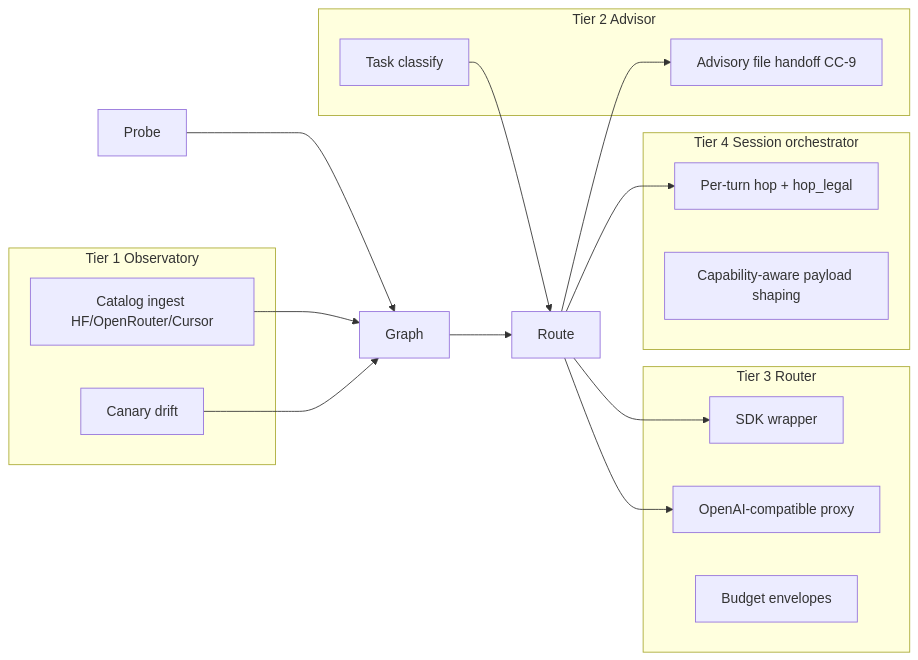
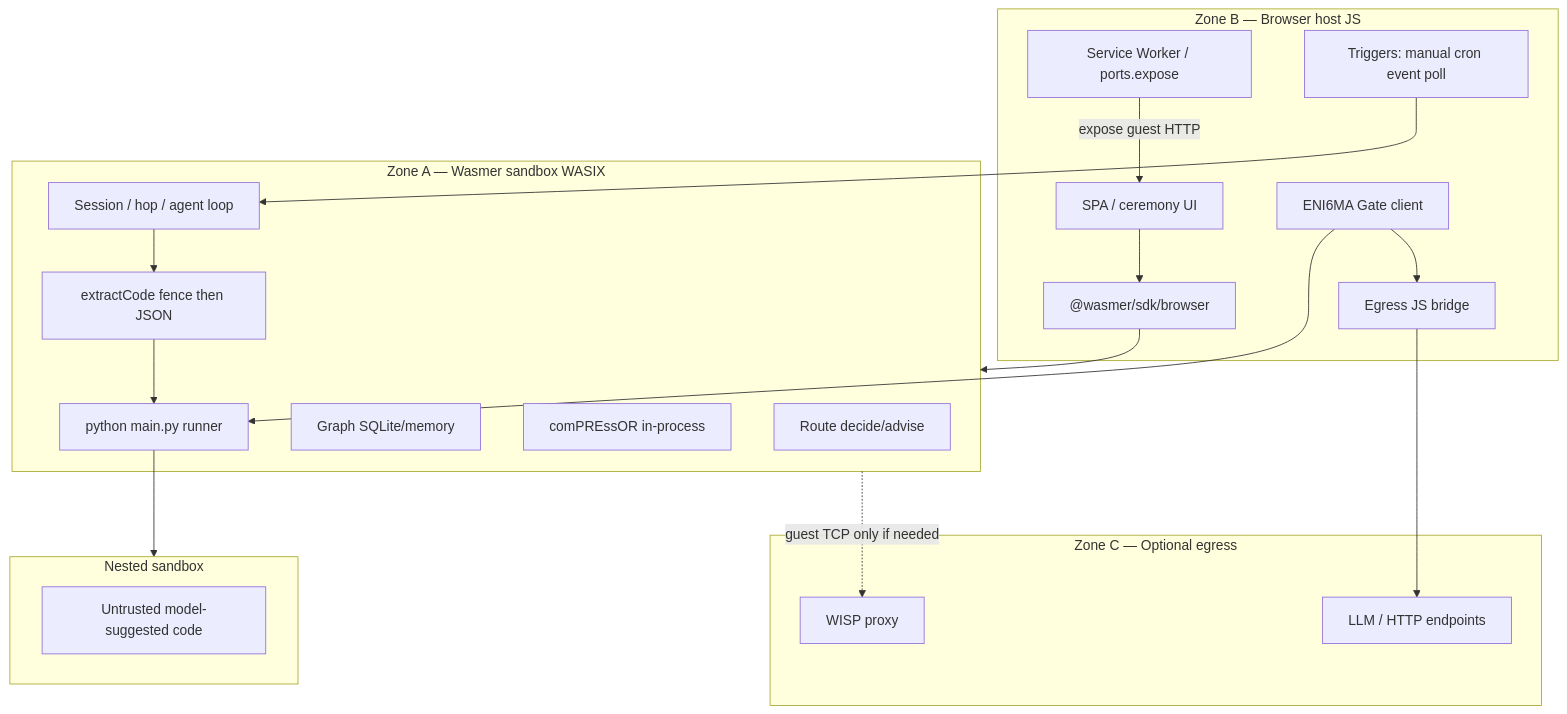
The diagram in docs/ARCHITECTURE.md (soltrinox/comPASS), drawn with Mermaid before and after one commit. The commit also changed other lines of this file and 4 other files, not shown here.

First line of the commit message:
docs: Phase 3 browser ENI6MA agent architecture (ADR 0005)

````diff
--- a/docs/ARCHITECTURE.md
+++ b/docs/ARCHITECTURE.md
@@ -29,29 +18,36 @@
 ```mermaid
-flowchart LR
-  subgraph T1[Tier 1 Observatory]
-    Ingest[Catalog ingest HF/OpenRouter/Cursor]
-    Drift[Canary drift]
+flowchart TB
+  subgraph B[Zone B — Browser host JS]
+    UI[SPA / ceremony UI]
+    SDK["@wasmer/sdk/browser"]
+    SW[Service Worker / ports.expose]
+    Bridge[Egress JS bridge]
+    Trig[Triggers: manual cron event poll]
+    GateClient[ENI6MA Gate client]
   end
-  subgraph T2[Tier 2 Advisor]
-    Classify[Task classify]
-    Advise[Advisory file handoff CC-9]
+  subgraph A[Zone A — Wasmer sandbox WASIX]
+    Route[Route decide/advise]
+    Graph[Graph SQLite/memory]
+    Comp[comPREssOR in-process]
+    Loop[Session / hop / agent loop]
+    Extract[extractCode fence then JSON]
+    Runner[python main.py runner]
   end
-  subgraph T3[Tier 3 Router]
-    SDK[SDK wrapper]
-    Proxy[OpenAI-compatible proxy]
-    Env[Budget envelopes]
+  subgraph Nest[Nested sandbox]
+    Code[Untrusted model-suggested code]
   end
-  subgraph T4[Tier 4 Session orchestrator]
-    Hop[Per-turn hop + hop_legal]
-    Shape[Capability-aware payload shaping]
+  subgraph C[Zone C — Optional egress]
+    WISP[WISP proxy]
+    APIs[LLM / HTTP endpoints]
   end
-  Probe --> Graph
-  Graph --> Route
-  Ingest --> Graph
-  Drift --> Graph
-  Classify --> Route
-  Route --> Advise
-  Route --> SDK
-  Route --> Proxy
-  Route --> Hop
+  UI --> SDK
+  SDK --> A
+  Trig --> Loop
+  GateClient --> Bridge
+  GateClient --> Runner
+  Loop --> Extract --> Runner
+  Runner --> Nest
+  Bridge --> APIs
+  A -.->|guest TCP only if needed| WISP
+  SW -->|expose guest HTTP| UI
 ```
````
